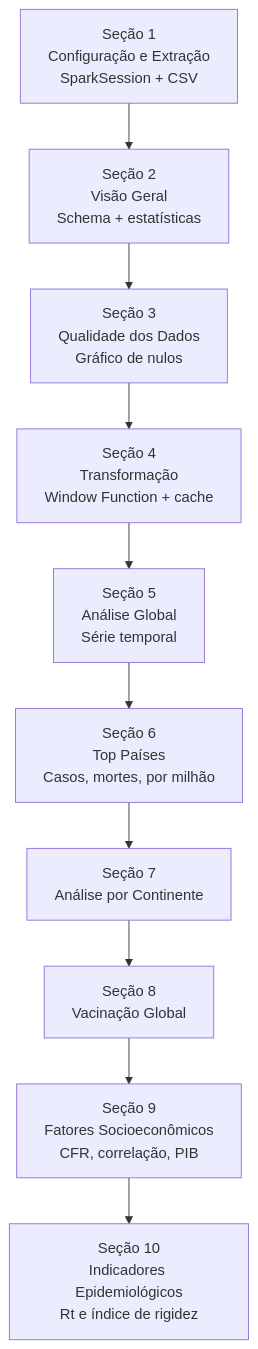
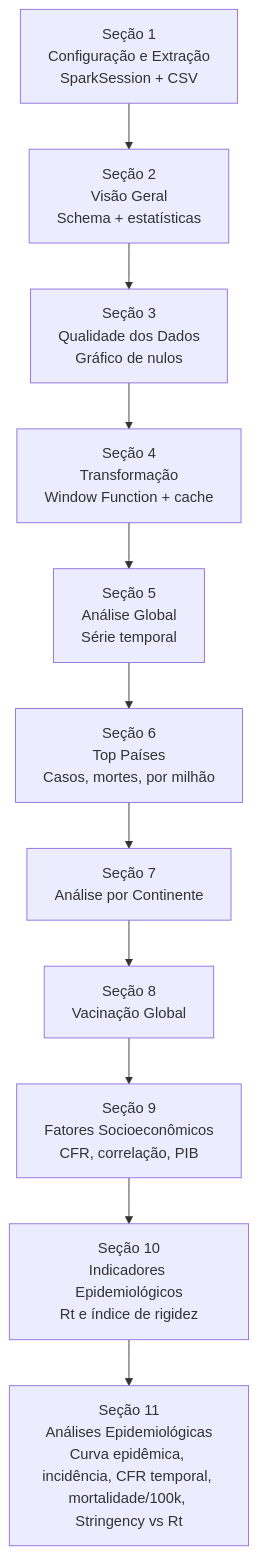
One commit to isabelacarone/eda-covid19 changed the seventh of 12 diagrams in DOCUMENTACAO.md. Above: the diagram before and after it, drawn with Mermaid. The commit also changed other lines of this file and 2 other files, not shown here.

````diff
--- a/DOCUMENTACAO.md
+++ b/DOCUMENTACAO.md
@@ -243,16 +228,17 @@
 ```mermaid
 flowchart TD
-    S1["Seção 1\nConfiguração e Extração\nSparkSession + CSV"]
-    S2["Seção 2\nVisão Geral\nSchema + estatísticas"]
-    S3["Seção 3\nQualidade dos Dados\nGráfico de nulos"]
-    S4["Seção 4\nTransformação\nWindow Function + cache"]
-    S5["Seção 5\nAnálise Global\nSérie temporal"]
-    S6["Seção 6\nTop Países\nCasos, mortes, por milhão"]
-    S7["Seção 7\nAnálise por Continente"]
-    S8["Seção 8\nVacinação Global"]
-    S9["Seção 9\nFatores Socioeconômicos\nCFR, correlação, PIB"]
-    S10["Seção 10\nIndicadores Epidemiológicos\nRt e índice de rigidez"]
+    S1["Seção 1<br>Configuração e Extração<br>SparkSession + CSV"]
+    S2["Seção 2<br>Visão Geral<br>Schema + estatísticas"]
+    S3["Seção 3<br>Qualidade dos Dados<br>Gráfico de nulos"]
+    S4["Seção 4<br>Transformação<br>Window Function + cache"]
+    S5["Seção 5<br>Análise Global<br>Série temporal"]
+    S6["Seção 6<br>Top Países<br>Casos, mortes, por milhão"]
+    S7["Seção 7<br>Análise por Continente"]
+    S8["Seção 8<br>Vacinação Global"]
+    S9["Seção 9<br>Fatores Socioeconômicos<br>CFR, correlação, PIB"]
+    S10["Seção 10<br>Indicadores Epidemiológicos<br>Rt e índice de rigidez"]
+    S11["Seção 11<br>Análises Epidemiológicas<br>Curva epidêmica, incidência, CFR temporal, mortalidade/100k, Stringency vs Rt"]
 
     S1 --> S2 --> S3 --> S4
-    S4 --> S5 --> S6 --> S7 --> S8 --> S9 --> S10
+    S4 --> S5 --> S6 --> S7 --> S8 --> S9 --> S10 --> S11
 ```
````
